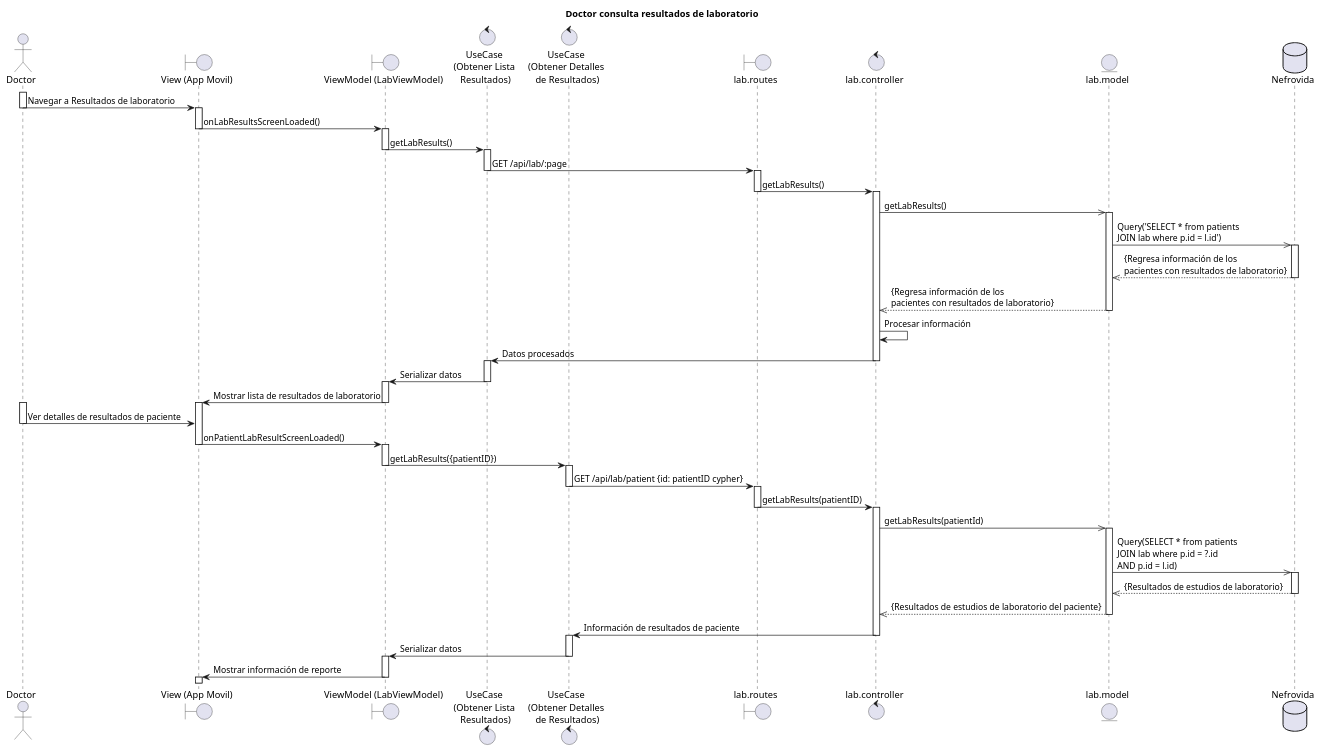
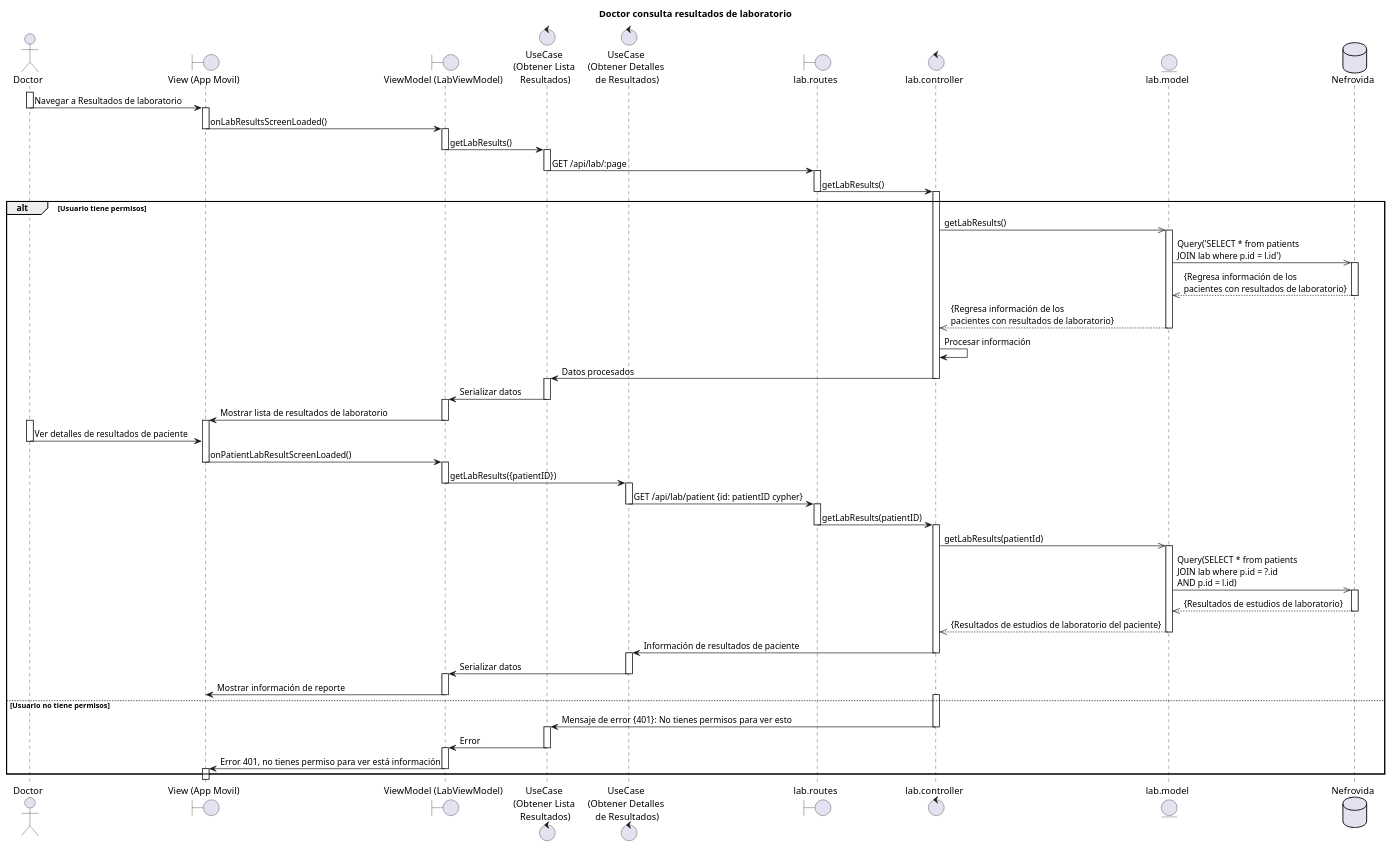
One commit to Nefrovida/Documentacion changed the diagram in Laboratorio/secuencia/6-secuencia-doctorConsultaResultadosLab.puml. Above: the diagram before and after it, drawn with PlantUML.

Commit message:
FIX(6).Case No permission

```diff
--- a/Laboratorio/secuencia/6-secuencia-doctorConsultaResultadosLab.puml
+++ b/Laboratorio/secuencia/6-secuencia-doctorConsultaResultadosLab.puml
@@ -1,46 +1,52 @@
 @startuml DoctorConsultaResultadosDeLaboratorio
 title Doctor consulta resultados de laboratorio
 
 actor Doctor as doc
 boundary "View (App Movil)" as vw
 boundary "ViewModel (LabViewModel)" as vm
 control "UseCase \n(Obtener Lista \nResultados)" as uCL
 control "UseCase \n(Obtener Detalles \nde Resultados)" as uCD
 boundary lab.routes as rt
 control lab.controller as ct
 entity lab.model as md
 database Nefrovida as db
 
 ' Buscar historiales de pacientes
 doc ++
 doc -> vw --++ : Navegar a Resultados de laboratorio
 vw -> vm --++ : onLabResultsScreenLoaded()
 vm -> uCL --++ : getLabResults()
 uCL -> rt --++ : GET /api/lab/:page
 rt -> ct --++ : getLabResults()
-ct ->> md  ++ : getLabResults()
-md ->> db ++ : Query('SELECT * from patients \nJOIN lab where p.id = l.id')
-db -->> md -- : {Regresa información de los \npacientes con resultados de laboratorio}
-md -->> ct -- : {Regresa información de los \npacientes con resultados de laboratorio}
-ct -> ct : Procesar información
-ct -> uCL --++: Datos procesados
-uCL -> vm --++ : Serializar datos
-vm -> vw --++ : Mostrar lista de resultados de laboratorio
+alt Usuario tiene permisos
+  ct ->> md  ++ : getLabResults()
+  md ->> db ++ : Query('SELECT * from patients \nJOIN lab where p.id = l.id')
+  db -->> md -- : {Regresa información de los \npacientes con resultados de laboratorio}
+  md -->> ct -- : {Regresa información de los \npacientes con resultados de laboratorio}
+  ct -> ct : Procesar información
+  ct -> uCL --++: Datos procesados
+  uCL -> vm --++ : Serializar datos
+  vm -> vw --++ : Mostrar lista de resultados de laboratorio
 
-' Abrir resultados de laboratorio de paciente particular
-activate doc
-doc -> vw --: Ver detalles de resultados de paciente
-vw -> vm --++: onPatientLabResultScreenLoaded()
-vm -> uCD --++: getLabResults({patientID})
-uCD -> rt --++: GET /api/lab/patient {id: patientID cypher}
-rt -> ct --++: getLabResults(patientID)
-ct ->> md ++: getLabResults(patientId)
-md ->> db ++: Query(SELECT * from patients \nJOIN lab where p.id = ?.id \nAND p.id = l.id) 
-db -->> md --: {Resultados de estudios de laboratorio}
-md -->> ct --: {Resultados de estudios de laboratorio del paciente}
-ct -> uCD --++: Información de resultados de paciente
-uCD -> vm --++ : Serializar datos
-vm -> vw --++ : Mostrar información de reporte
-deactivate doc
+  ' Abrir resultados de laboratorio de paciente particular
+  activate doc
+  doc -> vw --: Ver detalles de resultados de paciente
+  vw -> vm --++: onPatientLabResultScreenLoaded()
+  vm -> uCD --++: getLabResults({patientID})
+  uCD -> rt --++: GET /api/lab/patient {id: patientID cypher}
+  rt -> ct --++: getLabResults(patientID)
+  ct ->> md ++: getLabResults(patientId)
+  md ->> db ++: Query(SELECT * from patients \nJOIN lab where p.id = ?.id \nAND p.id = l.id) 
+  db -->> md --: {Resultados de estudios de laboratorio}
+  md -->> ct --: {Resultados de estudios de laboratorio del paciente}
+  ct -> uCD --++: Información de resultados de paciente
+  uCD -> vm --++ : Serializar datos
+  vm -> vw --: Mostrar información de reporte
+  activate ct
+else Usuario no tiene permisos  
+  ct -> uCL --++: Mensaje de error {401}: No tienes permisos para ver esto
+  uCL -> vm --++ : Error
+  vm -> vw --++ : Error 401, no tienes permiso para ver está información
+end
 
 @enduml
```
